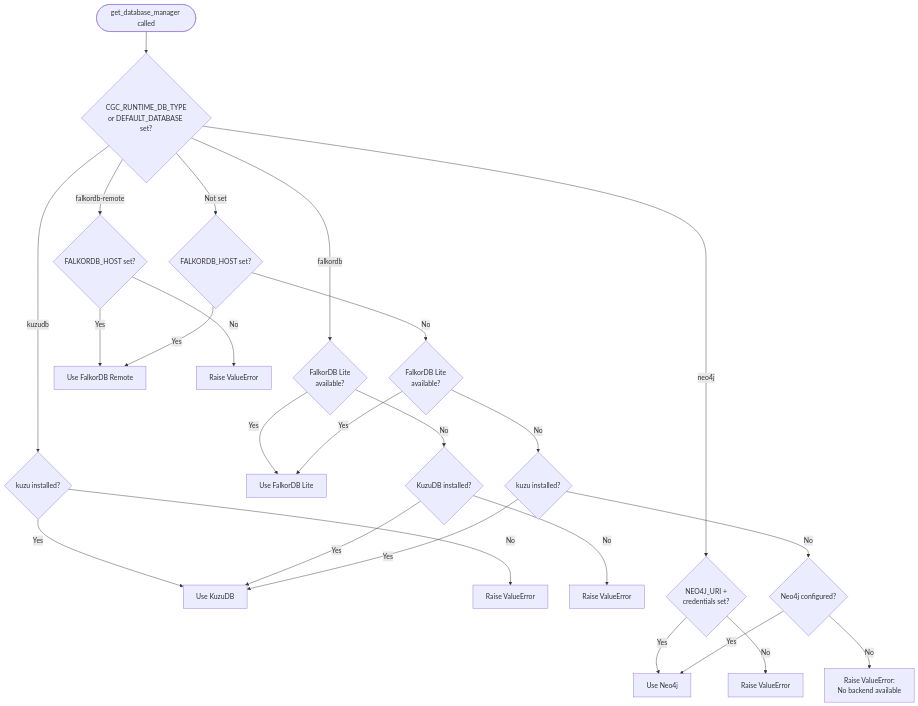
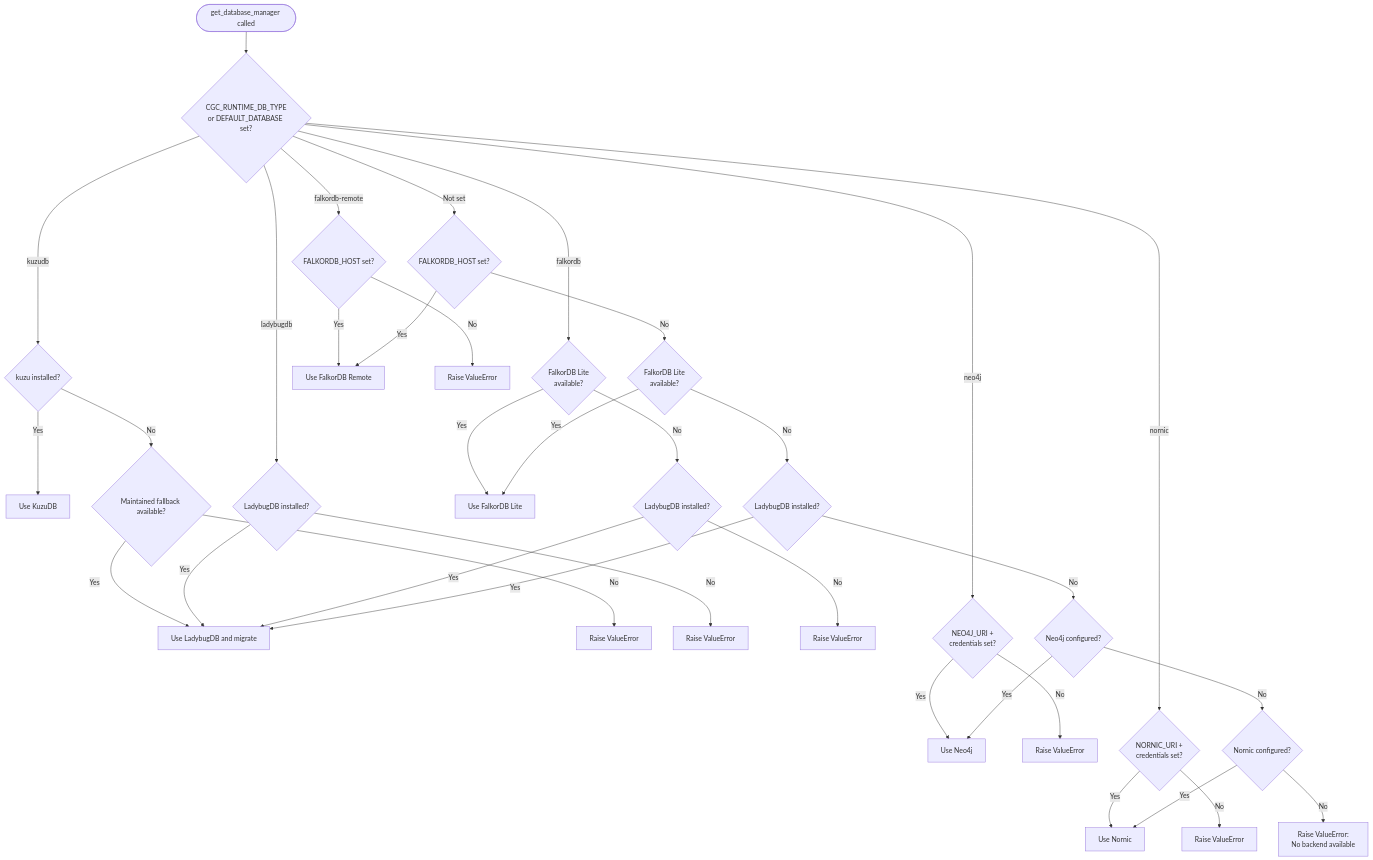
One commit to CodeGraphContext/CodeGraphContext changed diagram 12 of 12 in docs/ARCHITECTURE.md. Above: the diagram before and after it, drawn with Mermaid. The commit also changed other lines of this file and 15 other files, not shown here.

````diff
--- a/docs/ARCHITECTURE.md
+++ b/docs/ARCHITECTURE.md
@@ -1163,32 +1172,44 @@
 ```mermaid
 flowchart TD
     Start([get_database_manager called]) --> CheckRuntime{CGC_RUNTIME_DB_TYPE<br/>or DEFAULT_DATABASE set?}
     
     CheckRuntime -->|"kuzudb"| KuzuAvail{kuzu installed?}
     KuzuAvail -->|Yes| UseKuzu[Use KuzuDB]
-    KuzuAvail -->|No| ErrorKuzu[Raise ValueError]
+    KuzuAvail -->|No| KuzuReplacement{Maintained fallback available?}
+    KuzuReplacement -->|Yes| UseLadybug[Use LadybugDB and migrate]
+    KuzuReplacement -->|No| ErrorKuzu[Raise ValueError]
+
+    CheckRuntime -->|"ladybugdb"| LadybugAvail{LadybugDB installed?}
+    LadybugAvail -->|Yes| UseLadybug
+    LadybugAvail -->|No| ErrorLadybug[Raise ValueError]
     
     CheckRuntime -->|"falkordb"| FalkorAvail{FalkorDB Lite<br/>available?}
     FalkorAvail -->|Yes| UseFalkor[Use FalkorDB Lite]
-    FalkorAvail -->|No| FalkorFallback{KuzuDB installed?}
-    FalkorFallback -->|Yes| UseKuzu
+    FalkorAvail -->|No| FalkorFallback{LadybugDB installed?}
+    FalkorFallback -->|Yes| UseLadybug
     FalkorFallback -->|No| ErrorFalkor[Raise ValueError]
     
     CheckRuntime -->|"falkordb-remote"| HostSet{FALKORDB_HOST set?}
     HostSet -->|Yes| UseRemote[Use FalkorDB Remote]
     HostSet -->|No| ErrorRemote[Raise ValueError]
     
     CheckRuntime -->|"neo4j"| Neo4jCreds{NEO4J_URI +<br/>credentials set?}
     Neo4jCreds -->|Yes| UseNeo4j[Use Neo4j]
     Neo4jCreds -->|No| ErrorNeo4j[Raise ValueError]
+
+    CheckRuntime -->|"nornic"| NornicCreds{NORNIC_URI +<br/>credentials set?}
+    NornicCreds -->|Yes| UseNornic[Use Nornic]
+    NornicCreds -->|No| ErrorNornic[Raise ValueError]
     
     CheckRuntime -->|Not set| ImplicitRemote{FALKORDB_HOST set?}
     ImplicitRemote -->|Yes| UseRemote
     ImplicitRemote -->|No| ImplicitFalkor{FalkorDB Lite<br/>available?}
     ImplicitFalkor -->|Yes| UseFalkor
-    ImplicitFalkor -->|No| ImplicitKuzu{kuzu installed?}
-    ImplicitKuzu -->|Yes| UseKuzu
-    ImplicitKuzu -->|No| ImplicitNeo4j{Neo4j configured?}
+    ImplicitFalkor -->|No| ImplicitLadybug{LadybugDB installed?}
+    ImplicitLadybug -->|Yes| UseLadybug
+    ImplicitLadybug -->|No| ImplicitNeo4j{Neo4j configured?}
     ImplicitNeo4j -->|Yes| UseNeo4j
-    ImplicitNeo4j -->|No| ErrorNone[Raise ValueError:<br/>No backend available]
+    ImplicitNeo4j -->|No| ImplicitNornic{Nornic configured?}
+    ImplicitNornic -->|Yes| UseNornic
+    ImplicitNornic -->|No| ErrorNone[Raise ValueError:<br/>No backend available]
 ```
````
